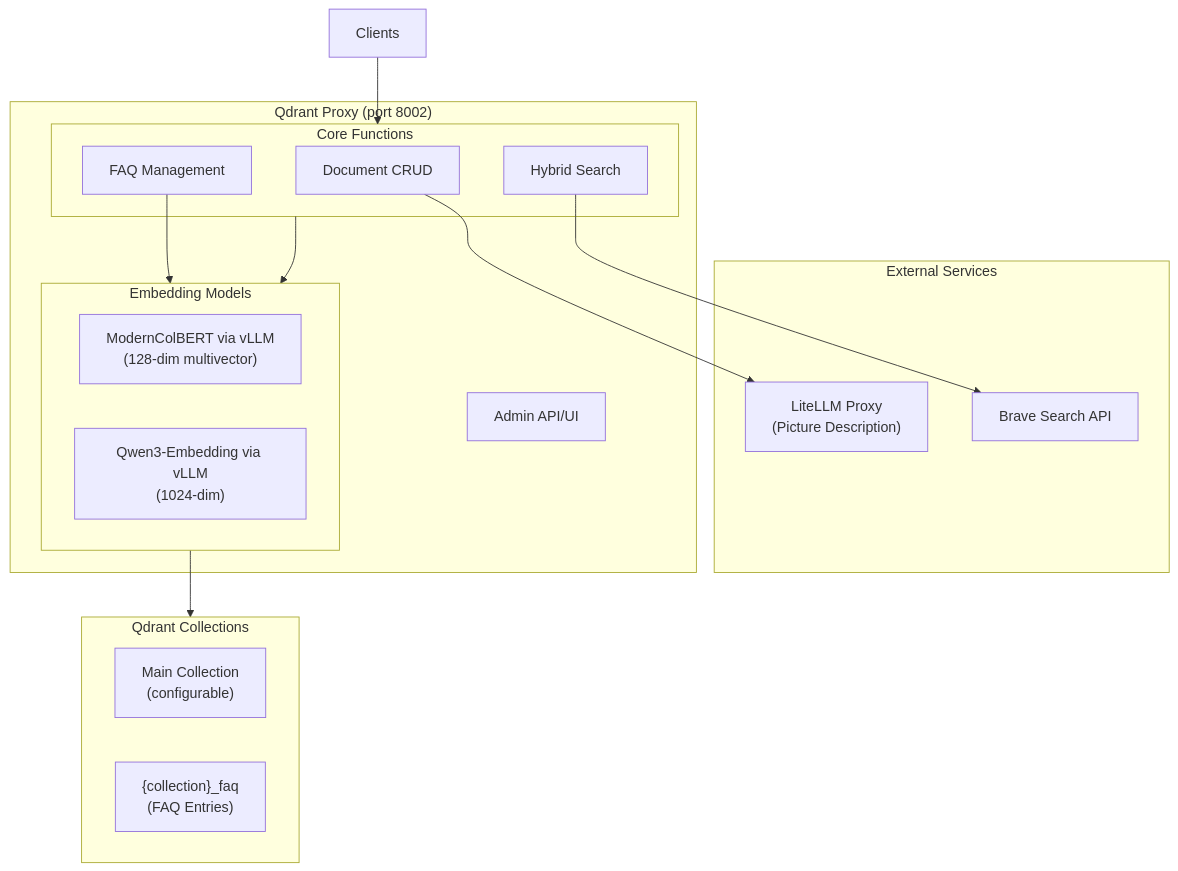
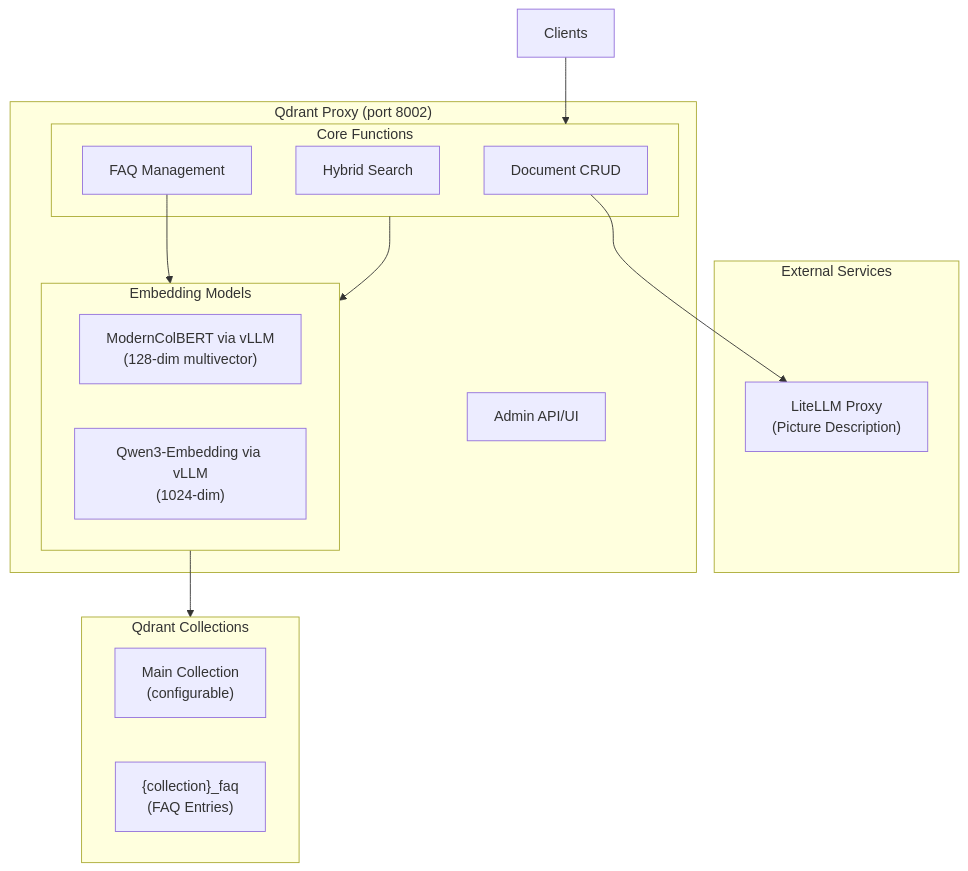
Before and after one commit to flozi00/qdrant-proxy: the diagram in docs/architecture.md, drawn with Mermaid. The commit also changed other lines of this file and 17 other files, not shown here.

````diff
--- a/docs/architecture.md
+++ b/docs/architecture.md
@@ -5,34 +5,32 @@
 ```mermaid
 flowchart TB
     subgraph External["External Services"]
         LiteLLM["LiteLLM Proxy\n(Picture Description)"]
-        Brave["Brave Search API"]
     end
 
     subgraph QdrantProxy["Qdrant Proxy (port 8002)"]
         subgraph Embeddings["Embedding Models"]
             ColBERT["ModernColBERT via vLLM\n(128-dim multivector)"]
             Dense["Qwen3-Embedding via vLLM\n(1024-dim)"]
         end
         
         subgraph Core["Core Functions"]
             DocCRUD["Document CRUD"]
             Search["Hybrid Search"]
             FAQMgmt["FAQ Management"]
         end
         
         Admin["Admin API/UI"]
     end
 
     subgraph Storage["Qdrant Collections"]
         MainColl["Main Collection\n(configurable)"]
         FAQColl["{collection}_faq\n(FAQ Entries)"]
     end
 
     Client["Clients"] --> Core
     Core --> Embeddings
     Embeddings --> Storage
     FAQMgmt --> Embeddings
     DocCRUD --> LiteLLM
-    Search --> Brave
 ```
````
